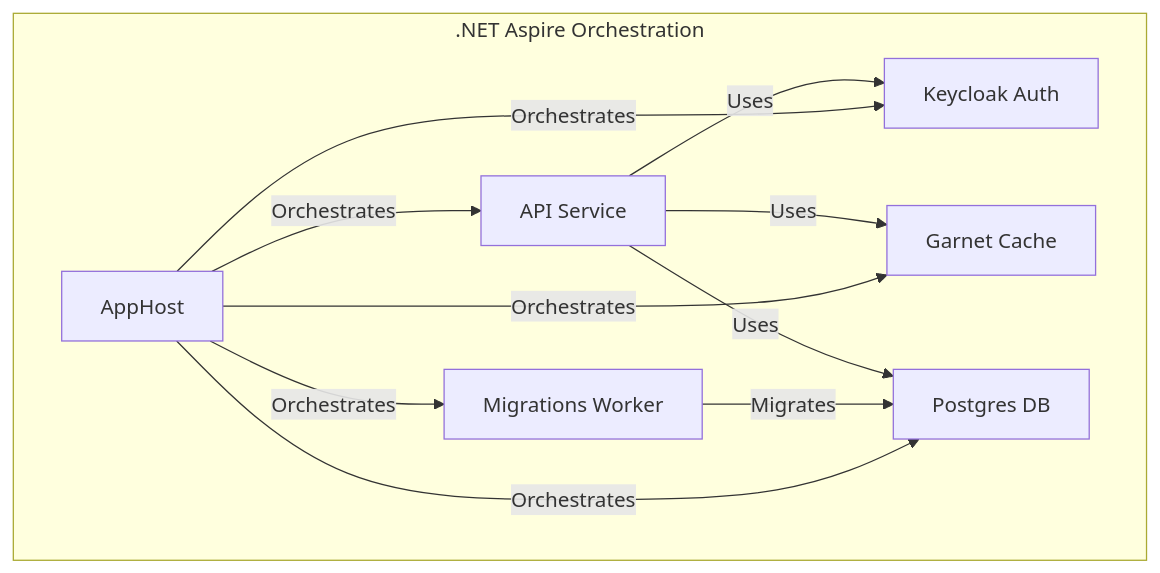
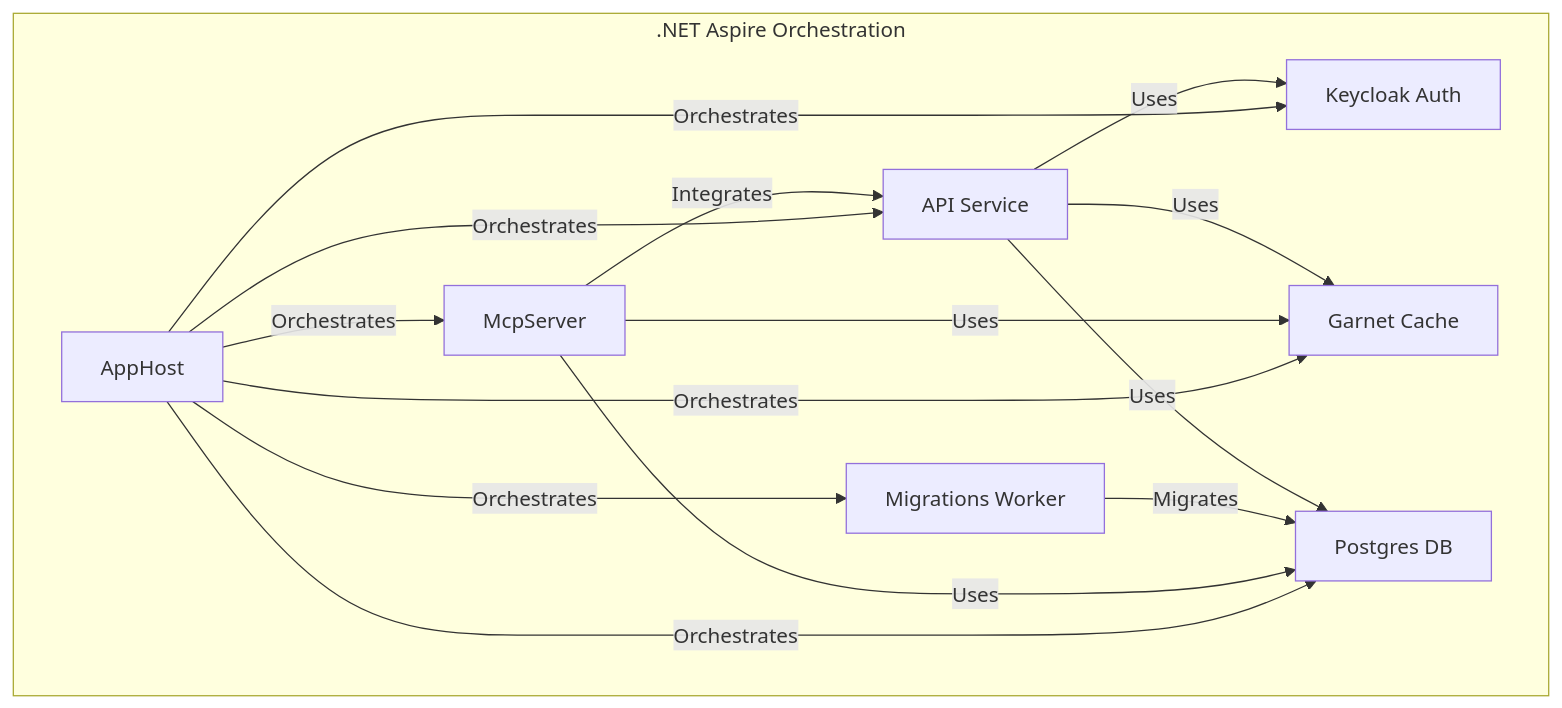
One commit to YoussefWaelMohamedLotfy/Brite-Task changed the first of 3 diagrams in README.md. Above: the diagram before and after it, drawn with Mermaid. The commit also changed other lines of this file and 7 other files, not shown here.

Commit message:
Add EM.McpServer to README.md

````diff
--- a/README.md
+++ b/README.md
@@ -105,20 +106,25 @@
 ```mermaid
 flowchart TD
     subgraph .NET Aspire Orchestration
         A[API Service]
         B[Migrations Worker]
+        F[McpServer]
         C[Keycloak Auth]
         D[Garnet Cache]
         E[Postgres DB]
 
     A -- Uses --> C
     A -- Uses --> D
     A -- Uses --> E
     B -- Migrates --> E
+    F -- Integrates --> A
+    F -- Uses --> D
+    F -- Uses --> E
     AppHost -- Orchestrates --> A
     AppHost -- Orchestrates --> B
+    AppHost -- Orchestrates --> F
     AppHost -- Orchestrates --> C
     AppHost -- Orchestrates --> D
     AppHost -- Orchestrates --> E
     end
 ```
````
